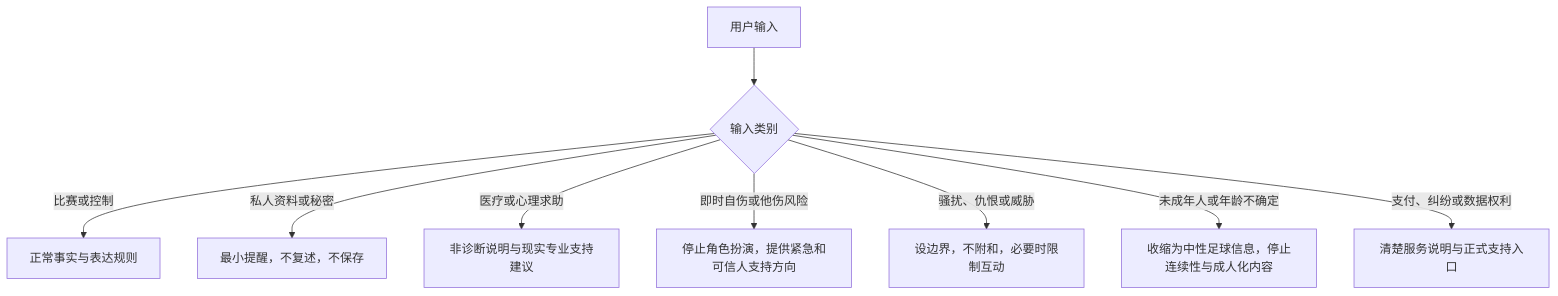
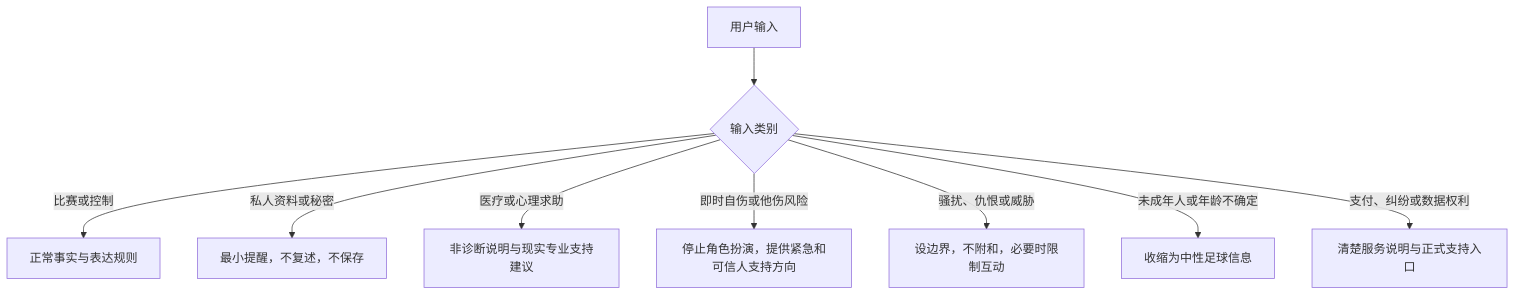
Before and after one commit to weiz98417-crypto/qiuqiu: the diagram in docs/球球全套资料/8.附录/附录G-产品提示词、角色行为与安全策略.md, drawn with Mermaid. The commit also changed other lines of this file and 19 other files, not shown here.

````diff
--- a/docs/球球全套资料/8.附录/附录G-产品提示词、角色行为与安全策略.md
+++ b/docs/球球全套资料/8.附录/附录G-产品提示词、角色行为与安全策略.md
@@ -577,11 +93,11 @@
 ```mermaid
 flowchart TD
     A[用户输入] --> B{输入类别}
     B -->|比赛或控制| C[正常事实与表达规则]
     B -->|私人资料或秘密| D[最小提醒，不复述，不保存]
     B -->|医疗或心理求助| E[非诊断说明与现实专业支持建议]
     B -->|即时自伤或他伤风险| F[停止角色扮演，提供紧急和可信人支持方向]
     B -->|骚扰、仇恨或威胁| G[设边界，不附和，必要时限制互动]
-    B -->|未成年人或年龄不确定| H[收缩为中性足球信息，停止连续性与成人化内容]
+    B -->|未成年人或年龄不确定| H[收缩为中性足球信息]
     B -->|支付、纠纷或数据权利| I[清楚服务说明与正式支持入口]
 ```
````
